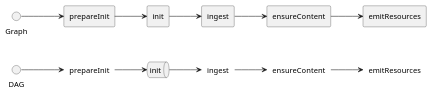
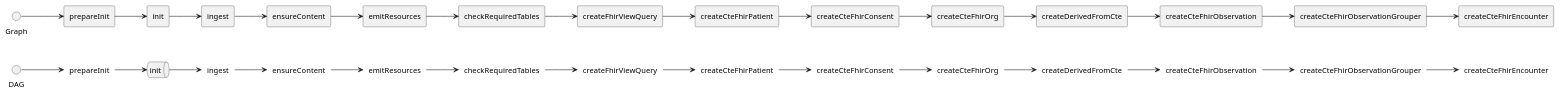
One commit to qe-collaborative-services/1115-hub changed the diagram in support/assurance/ahc-hrsn-elt/screening/results-test-e2e/dag.puml. Above: the diagram before and after it, drawn with PlantUML. The commit also changed 18 other files, not shown here.

```diff
--- a/support/assurance/ahc-hrsn-elt/screening/results-test-e2e/dag.puml
+++ b/support/assurance/ahc-hrsn-elt/screening/results-test-e2e/dag.puml
@@ -1,23 +1,59 @@
 @startuml
 left to right direction
 label dagprepareInit as "prepareInit"
 queue daginit as "init"
 label dagingest as "ingest"
 label dagensureContent as "ensureContent"
 label dagemitResources as "emitResources"
+label dagcheckRequiredTables as "checkRequiredTables"
+label dagcreateFhirViewQuery as "createFhirViewQuery"
+label dagcreateCteFhirPatient as "createCteFhirPatient"
+label dagcreateCteFhirConsent as "createCteFhirConsent"
+label dagcreateCteFhirOrg as "createCteFhirOrg"
+label dagcreateDerivedFromCte as "createDerivedFromCte"
+label dagcreateCteFhirObservation as "createCteFhirObservation"
+label dagcreateCteFhirObservationGrouper as "createCteFhirObservationGrouper"
+label dagcreateCteFhirEncounter as "createCteFhirEncounter"
 rectangle gprepareInit as "prepareInit"
 rectangle ginit as "init"
 rectangle gingest as "ingest"
 rectangle gensureContent as "ensureContent"
 rectangle gemitResources as "emitResources"
+rectangle gcheckRequiredTables as "checkRequiredTables"
+rectangle gcreateFhirViewQuery as "createFhirViewQuery"
+rectangle gcreateCteFhirPatient as "createCteFhirPatient"
+rectangle gcreateCteFhirConsent as "createCteFhirConsent"
+rectangle gcreateCteFhirOrg as "createCteFhirOrg"
+rectangle gcreateDerivedFromCte as "createDerivedFromCte"
+rectangle gcreateCteFhirObservation as "createCteFhirObservation"
+rectangle gcreateCteFhirObservationGrouper as "createCteFhirObservationGrouper"
+rectangle gcreateCteFhirEncounter as "createCteFhirEncounter"
 DAG --> dagprepareInit
 dagprepareInit --> daginit
 daginit --> dagingest
 dagingest --> dagensureContent
 dagensureContent --> dagemitResources
+dagemitResources --> dagcheckRequiredTables
+dagcheckRequiredTables --> dagcreateFhirViewQuery
+dagcreateFhirViewQuery --> dagcreateCteFhirPatient
+dagcreateCteFhirPatient --> dagcreateCteFhirConsent
+dagcreateCteFhirConsent --> dagcreateCteFhirOrg
+dagcreateCteFhirOrg --> dagcreateDerivedFromCte
+dagcreateDerivedFromCte --> dagcreateCteFhirObservation
+dagcreateCteFhirObservation --> dagcreateCteFhirObservationGrouper
+dagcreateCteFhirObservationGrouper --> dagcreateCteFhirEncounter
 Graph --> gprepareInit
 gprepareInit --> ginit
 ginit --> gingest
 gingest --> gensureContent
 gensureContent --> gemitResources
+gemitResources --> gcheckRequiredTables
+gcheckRequiredTables --> gcreateFhirViewQuery
+gcreateFhirViewQuery --> gcreateCteFhirPatient
+gcreateCteFhirPatient --> gcreateCteFhirConsent
+gcreateCteFhirConsent --> gcreateCteFhirOrg
+gcreateCteFhirOrg --> gcreateDerivedFromCte
+gcreateDerivedFromCte --> gcreateCteFhirObservation
+gcreateCteFhirObservation --> gcreateCteFhirObservationGrouper
+gcreateCteFhirObservationGrouper --> gcreateCteFhirEncounter
 @enduml
```
